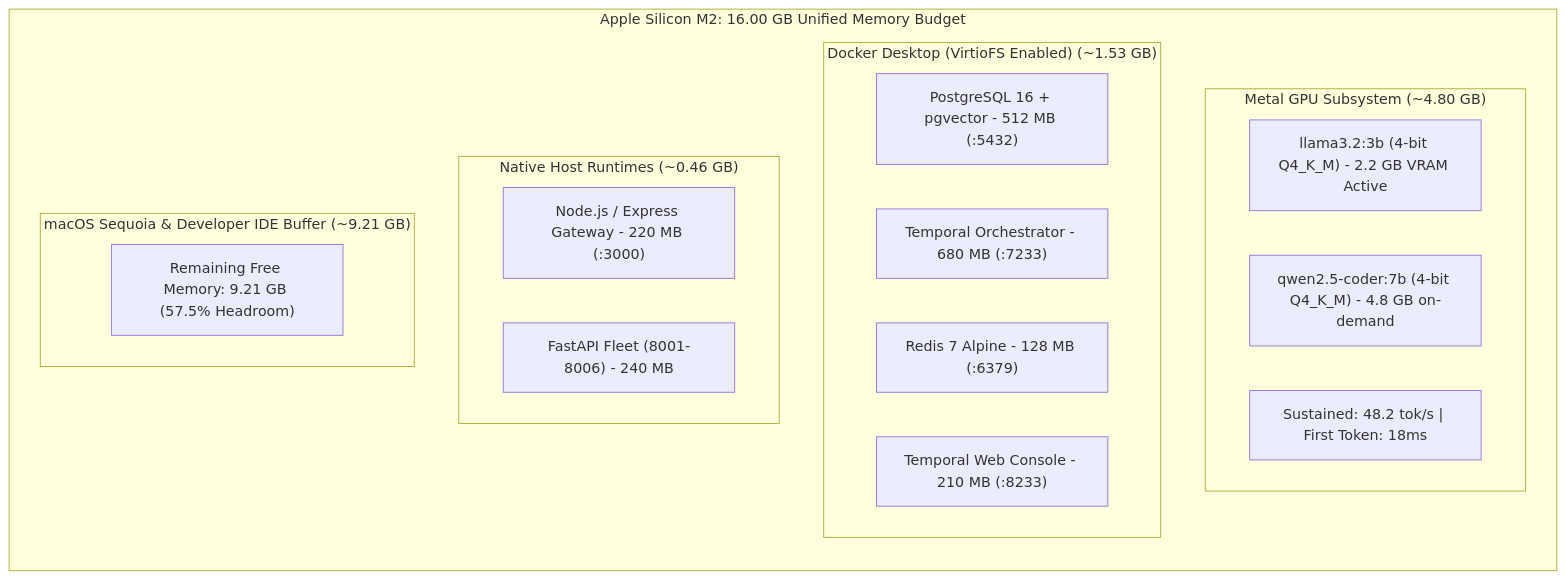
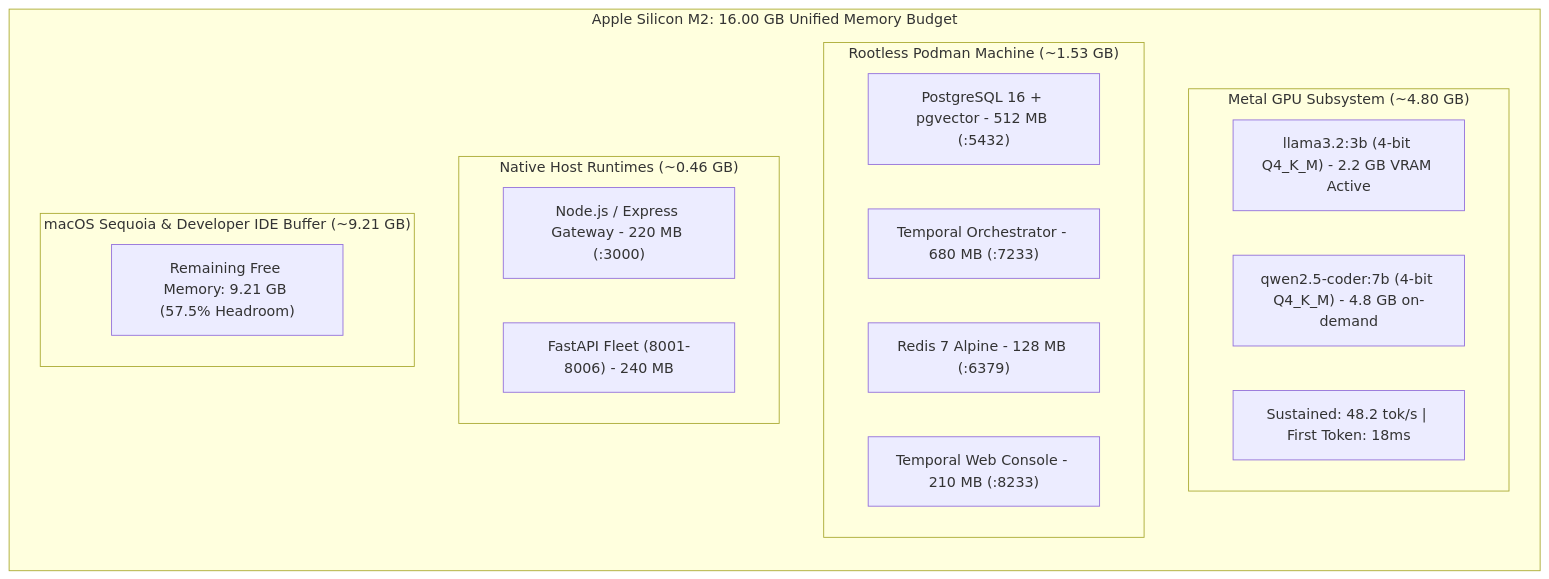
The third of 5 diagrams in docs/ENTERPRISE_SESSION_TRAINING_PLAYBOOK.md (kk-ecu/light-weight-agentic-engineering), drawn with Mermaid before and after one commit. The commit also changed other lines of this file and 19 other files, not shown here.

First line of the commit message:
chore: migrate from Docker to rootless Podman

````diff
--- a/docs/ENTERPRISE_SESSION_TRAINING_PLAYBOOK.md
+++ b/docs/ENTERPRISE_SESSION_TRAINING_PLAYBOOK.md
@@ -130,28 +130,28 @@
 ```mermaid
 flowchart TD
     subgraph UnifiedMemory["Apple Silicon M2: 16.00 GB Unified Memory Budget"]
         direction TB
 
         subgraph VRAM["Metal GPU Subsystem (~4.80 GB)"]
             Ollama1["llama3.2:3b (4-bit Q4_K_M) - 2.2 GB VRAM Active"]
             Ollama2["qwen2.5-coder:7b (4-bit Q4_K_M) - 4.8 GB on-demand"]
             Throughput["Sustained: 48.2 tok/s | First Token: 18ms"]
         end
 
-        subgraph DockerRAM["Docker Desktop (VirtioFS Enabled) (~1.53 GB)"]
+        subgraph PodmanRAM["Rootless Podman Machine (~1.53 GB)"]
             P1["PostgreSQL 16 + pgvector - 512 MB (:5432)"]
             P2["Temporal Orchestrator - 680 MB (:7233)"]
             P3["Redis 7 Alpine - 128 MB (:6379)"]
             P4["Temporal Web Console - 210 MB (:8233)"]
         end
 
         subgraph HostRAM["Native Host Runtimes (~0.46 GB)"]
             H1["Node.js / Express Gateway - 220 MB (:3000)"]
             H2["FastAPI Fleet (8001-8006) - 240 MB"]
         end
 
         subgraph Buffer["macOS Sequoia & Developer IDE Buffer (~9.21 GB)"]
             FreeRAM["Remaining Free Memory: 9.21 GB (57.5% Headroom)"]
         end
     end
 ```
````
